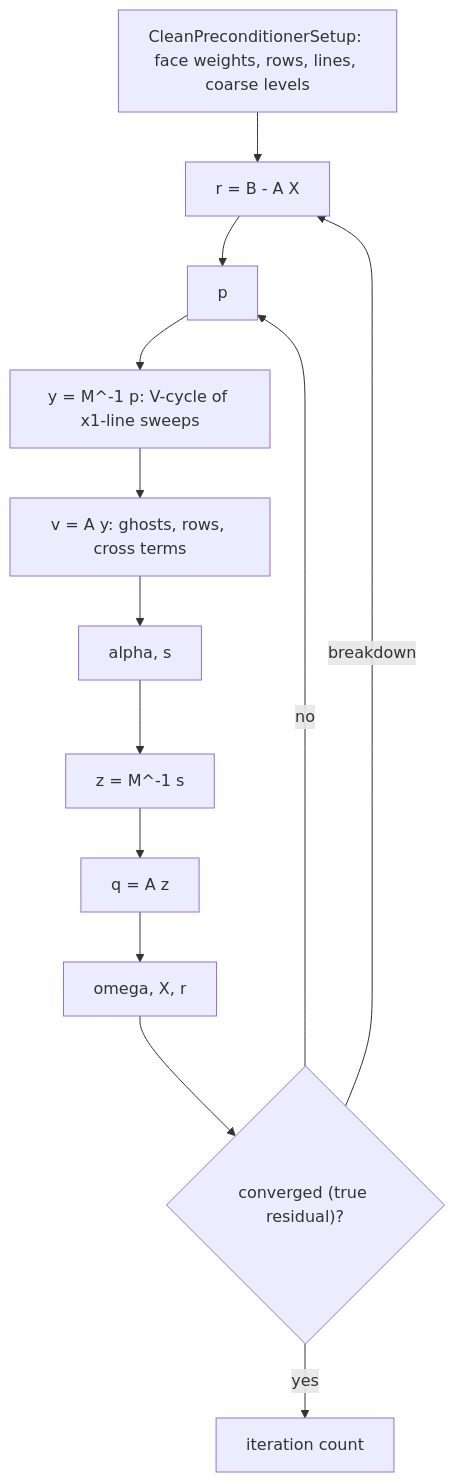
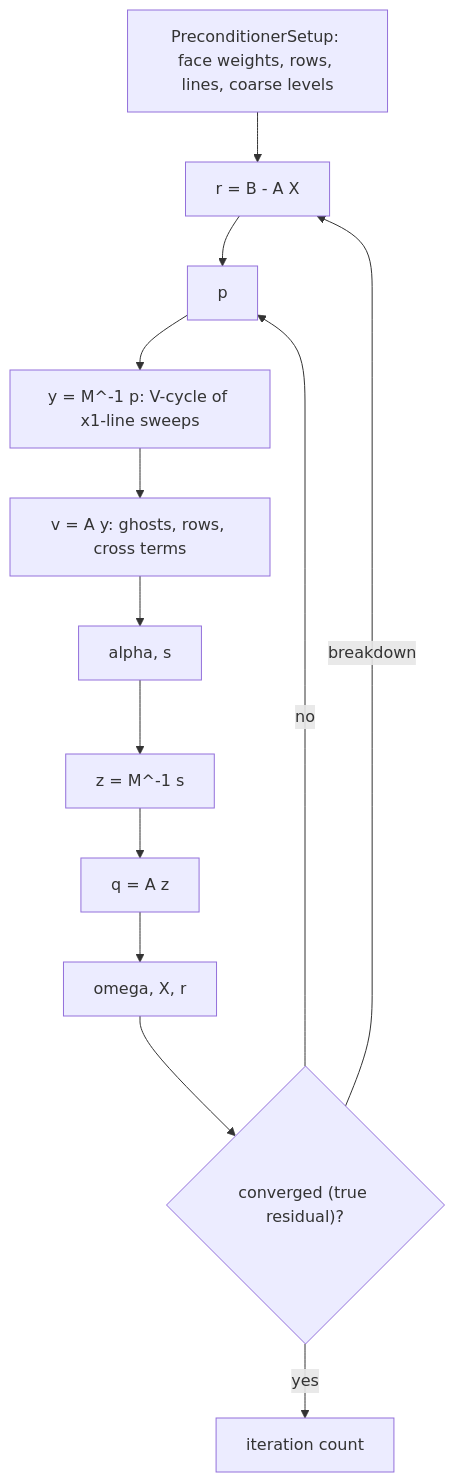
The fourth of 4 diagrams in docs/vet_clean/WORKFLOW.md (jing-ze-ma/athenak), drawn with Mermaid before and after one commit. The commit also changed other lines of this file and 85 other files, not shown here.

````diff
--- a/docs/vet_clean/WORKFLOW.md
+++ b/docs/vet_clean/WORKFLOW.md
@@ -66,9 +66,9 @@
 ```mermaid
 flowchart TD
-  S["CleanPreconditionerSetup: face weights, rows, lines, coarse levels"] --> R[r = B - A X]
+  S["PreconditionerSetup: face weights, rows, lines, coarse levels"] --> R[r = B - A X]
   R --> P[p] --> M1["y = M^-1 p: V-cycle of x1-line sweeps"] --> A1["v = A y: ghosts, rows, cross terms"] --> B1[alpha, s]
   B1 --> M2["z = M^-1 s"] --> A2["q = A z"] --> C[omega, X, r] --> T{"converged (true residual)?"}
   T -- no --> P
   T -- breakdown --> R
   T -- yes --> E[iteration count]
 ```
````
